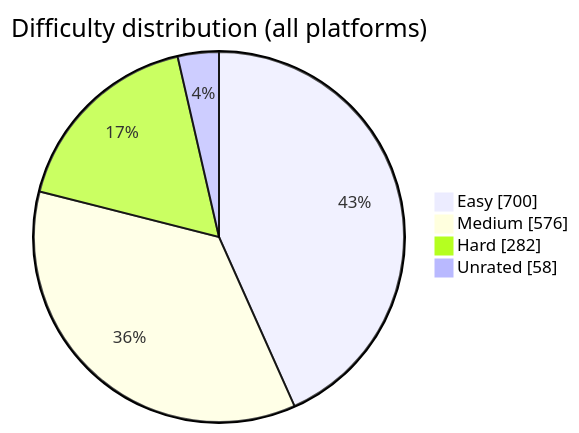
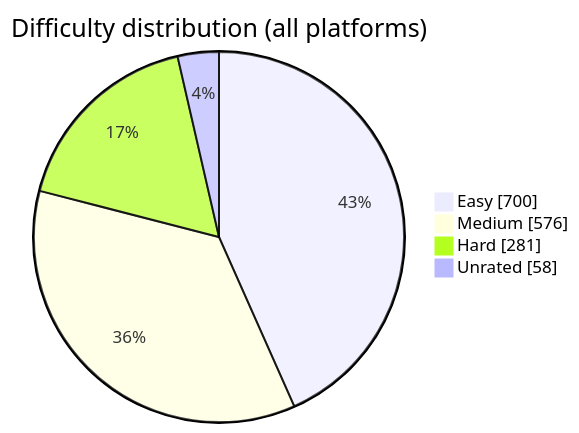
Before and after one commit to BuildbyArindam/Daily-Coding-Log: the diagram in README.md, drawn with Mermaid. The commit also changed other lines of this file, not shown here.

````diff
--- a/README.md
+++ b/README.md
@@ -93,7 +93,7 @@
 ```mermaid
 pie showData title Difficulty distribution (all platforms)
     "Easy" : 700
     "Medium" : 576
-    "Hard" : 282
+    "Hard" : 281
     "Unrated" : 58
 ```
````
